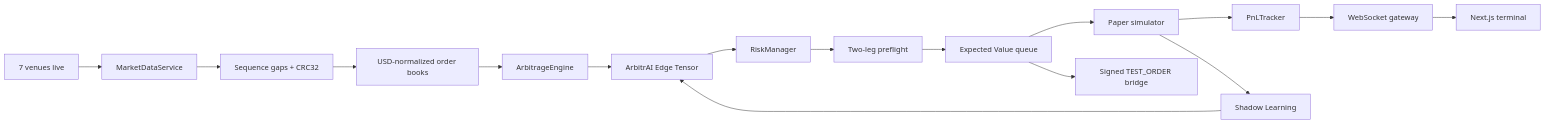
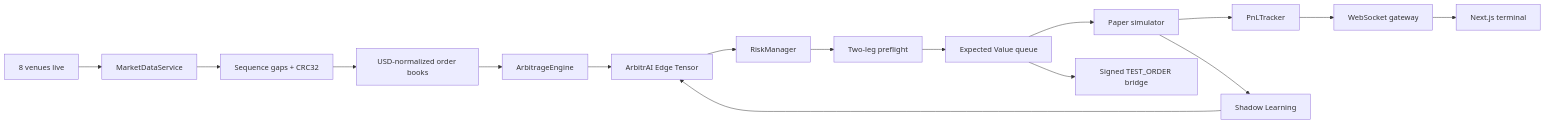
The diagram in README.md (JoahanMorales/CODING_CHALLENGE_MEXICO), drawn with Mermaid before and after one commit. The commit also changed other lines of this file, not shown here.

````diff
--- a/README.md
+++ b/README.md
@@ -133,18 +141,18 @@
 ```mermaid
 flowchart LR
-    V["7 venues live"] --> M["MarketDataService"]
+    V["8 venues live"] --> M["MarketDataService"]
     M --> I["Sequence gaps + CRC32"]
     I --> N["USD-normalized order books"]
     N --> A["ArbitrageEngine"]
     A --> E["ArbitrAI Edge Tensor"]
     E --> R["RiskManager"]
     R --> F["Two-leg preflight"]
     F --> Q["Expected Value queue"]
     Q --> P["Paper simulator"]
     Q --> T["Signed TEST_ORDER bridge"]
     P --> L["PnLTracker"]
     P --> S["Shadow Learning"]
     S --> E
     L --> G["WebSocket gateway"]
     G --> U["Next.js terminal"]
 ```
````
